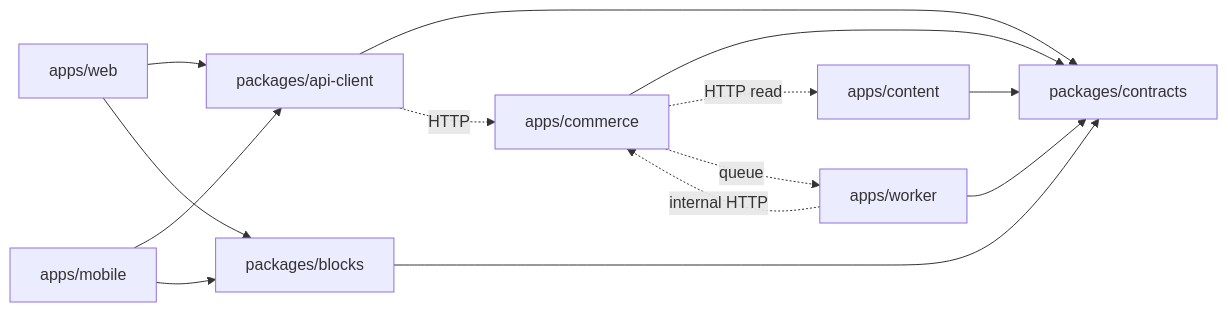
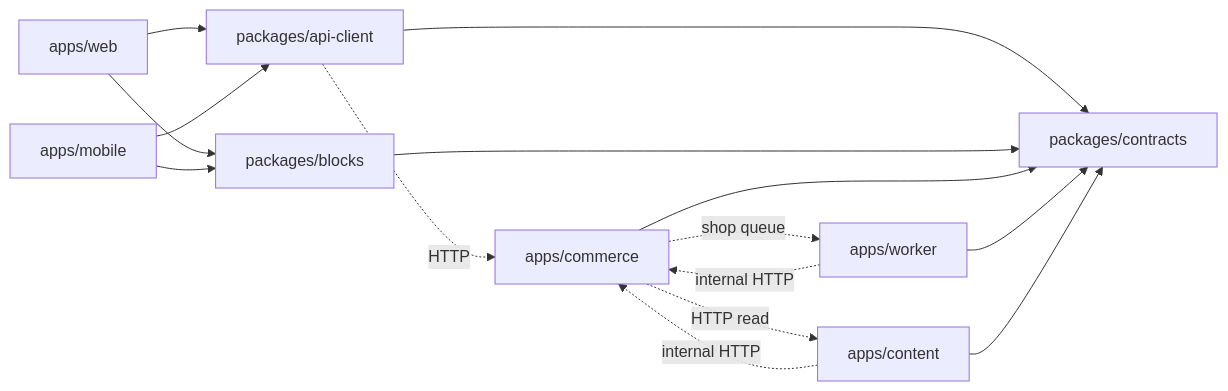
One commit to prasanthodin/Alar changed the first of 5 diagrams in _bmad-output/planning-artifacts/architecture/architecture-saree-commerce-2026-11-27/ARCHITECTURE-SPINE.md. Above: the diagram before and after it, drawn with Mermaid. The commit also changed other lines of this file and 2 other files, not shown here.

First line of the commit message:
Rewrite architecture spine after reality-check and adversarial reviews

````diff
--- a/_bmad-output/planning-artifacts/architecture/architecture-saree-commerce-2026-11-27/ARCHITECTURE-SPINE.md
+++ b/_bmad-output/planning-artifacts/architecture/architecture-saree-commerce-2026-11-27/ARCHITECTURE-SPINE.md
@@ -46,16 +48,17 @@
 ```mermaid
 flowchart LR
   web[apps/web] --> client[packages/api-client]
   mobile[apps/mobile] --> client
   web --> blocks[packages/blocks]
   mobile --> blocks
   client --> contracts[packages/contracts]
   blocks --> contracts
   commerce[apps/commerce] --> contracts
   worker[apps/worker] --> contracts
   content[apps/content] --> contracts
   client -. HTTP .-> commerce
   commerce -. HTTP read .-> content
-  commerce -. queue .-> worker
+  content -. internal HTTP .-> commerce
+  commerce -. shop queue .-> worker
   worker -. internal HTTP .-> commerce
 ```
````
